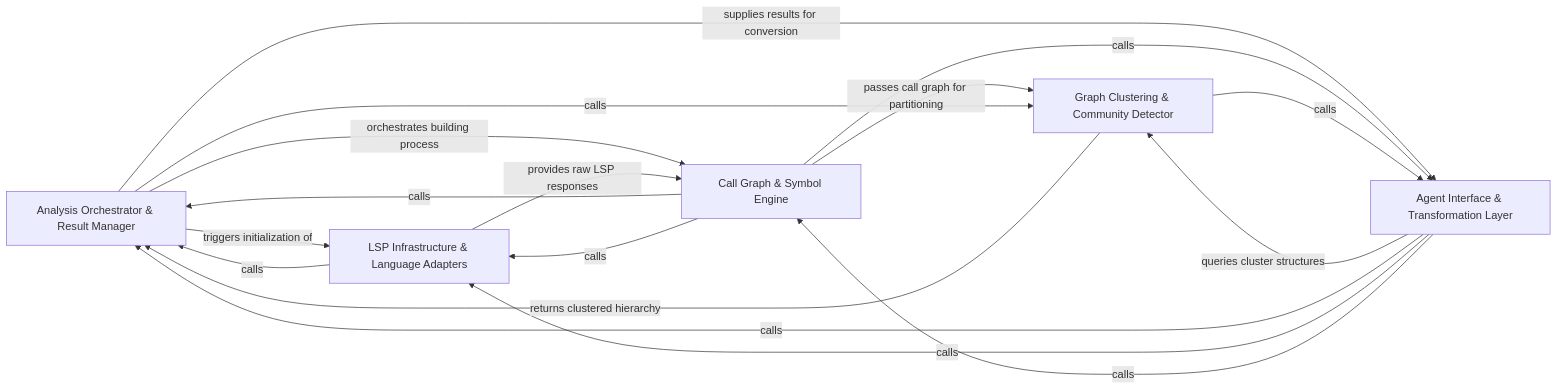
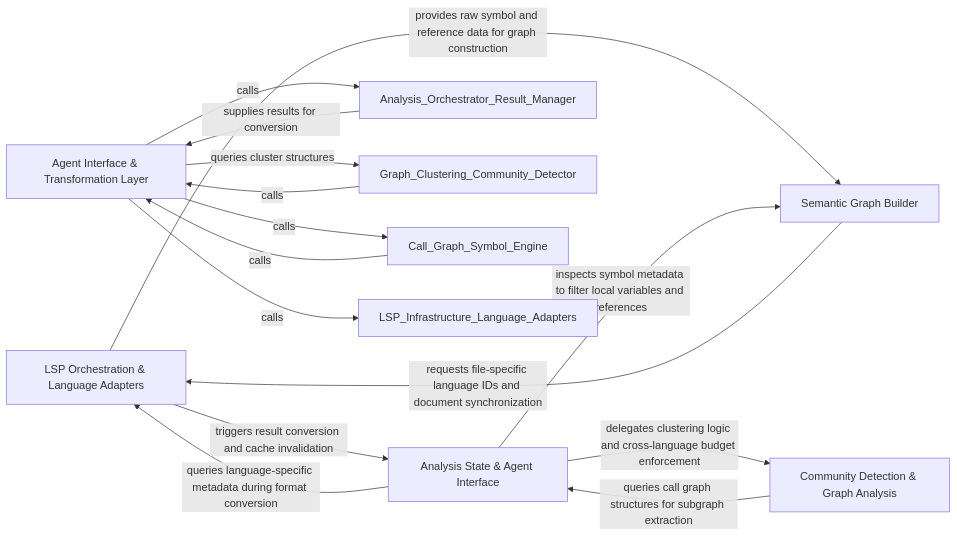
The diagram in .codeboarding/Static_Analysis_Graph_Engine.md (CodeBoarding/CodeBoarding), drawn with Mermaid before and after one commit. The commit also changed other lines of this file and 8 other files, not shown here.

Commit message:
chore(codeboarding): sync architecture baseline

````diff
--- a/.codeboarding/Static_Analysis_Graph_Engine.md
+++ b/.codeboarding/Static_Analysis_Graph_Engine.md
@@ -1,24 +1,22 @@
 ```mermaid
 graph LR
-    Analysis_Orchestrator_Result_Manager["Analysis Orchestrator & Result Manager"]
-    LSP_Infrastructure_Language_Adapters["LSP Infrastructure & Language Adapters"]
-    Call_Graph_Symbol_Engine["Call Graph & Symbol Engine"]
-    Graph_Clustering_Community_Detector["Graph Clustering & Community Detector"]
     Agent_Interface_Transformation_Layer["Agent Interface & Transformation Layer"]
-    Analysis_Orchestrator_Result_Manager -- "triggers initialization of" --> LSP_Infrastructure_Language_Adapters
-    Analysis_Orchestrator_Result_Manager -- "orchestrates building process" --> Call_Graph_Symbol_Engine
-    LSP_Infrastructure_Language_Adapters -- "provides raw LSP responses" --> Call_Graph_Symbol_Engine
-    Call_Graph_Symbol_Engine -- "passes call graph for partitioning" --> Graph_Clustering_Community_Detector
-    Graph_Clustering_Community_Detector -- "returns clustered hierarchy" --> Analysis_Orchestrator_Result_Manager
+    LSP_Orchestration_Language_Adapters["LSP Orchestration & Language Adapters"]
+    Semantic_Graph_Builder["Semantic Graph Builder"]
+    Community_Detection_Graph_Analysis["Community Detection & Graph Analysis"]
+    Analysis_State_Agent_Interface["Analysis State & Agent Interface"]
+    LSP_Orchestration_Language_Adapters -- "provides raw symbol and reference data for graph construction" --> Semantic_Graph_Builder
+    LSP_Orchestration_Language_Adapters -- "triggers result conversion and cache invalidation" --> Analysis_State_Agent_Interface
+    Semantic_Graph_Builder -- "requests file-specific language IDs and document synchronization" --> LSP_Orchestration_Language_Adapters
+    Community_Detection_Graph_Analysis -- "queries call graph structures for subgraph extraction" --> Analysis_State_Agent_Interface
+    Analysis_State_Agent_Interface -- "inspects symbol metadata to filter local variables and references" --> Semantic_Graph_Builder
+    Analysis_State_Agent_Interface -- "delegates clustering logic and cross-language budget enforcement" --> Community_Detection_Graph_Analysis
+    Analysis_State_Agent_Interface -- "queries language-specific metadata during format conversion" --> LSP_Orchestration_Language_Adapters
     Analysis_Orchestrator_Result_Manager -- "supplies results for conversion" --> Agent_Interface_Transformation_Layer
     Agent_Interface_Transformation_Layer -- "queries cluster structures" --> Graph_Clustering_Community_Detector
-    Analysis_Orchestrator_Result_Manager -- "calls" --> Graph_Clustering_Community_Detector
-    LSP_Infrastructure_Language_Adapters -- "calls" --> Analysis_Orchestrator_Result_Manager
-    Call_Graph_Symbol_Engine -- "calls" --> Analysis_Orchestrator_Result_Manager
-    Call_Graph_Symbol_Engine -- "calls" --> LSP_Infrastructure_Language_Adapters
     Call_Graph_Symbol_Engine -- "calls" --> Agent_Interface_Transformation_Layer
     Graph_Clustering_Community_Detector -- "calls" --> Agent_Interface_Transformation_Layer
     Agent_Interface_Transformation_Layer -- "calls" --> Analysis_Orchestrator_Result_Manager
     Agent_Interface_Transformation_Layer -- "calls" --> LSP_Infrastructure_Language_Adapters
     Agent_Interface_Transformation_Layer -- "calls" --> Call_Graph_Symbol_Engine
 ```
````
